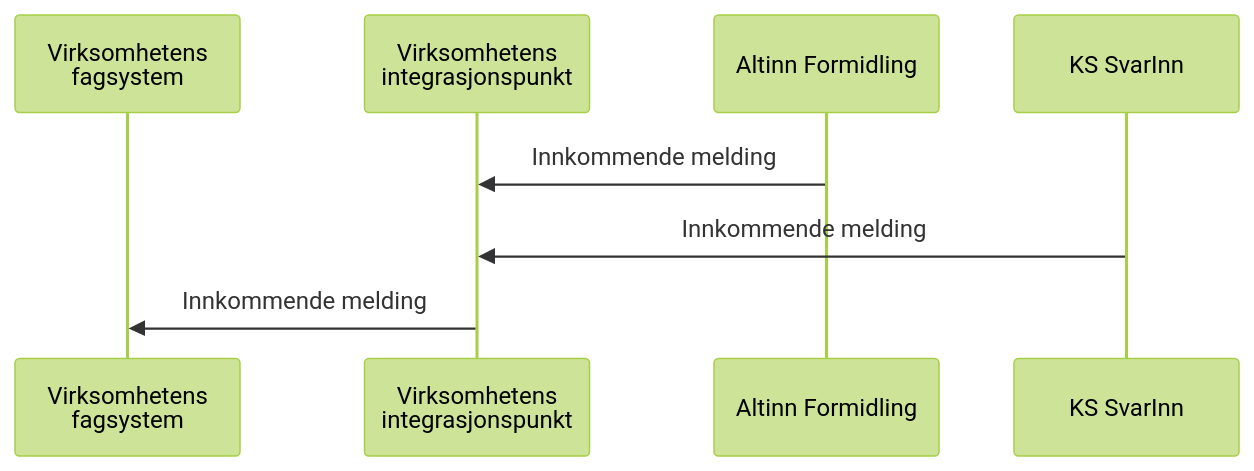
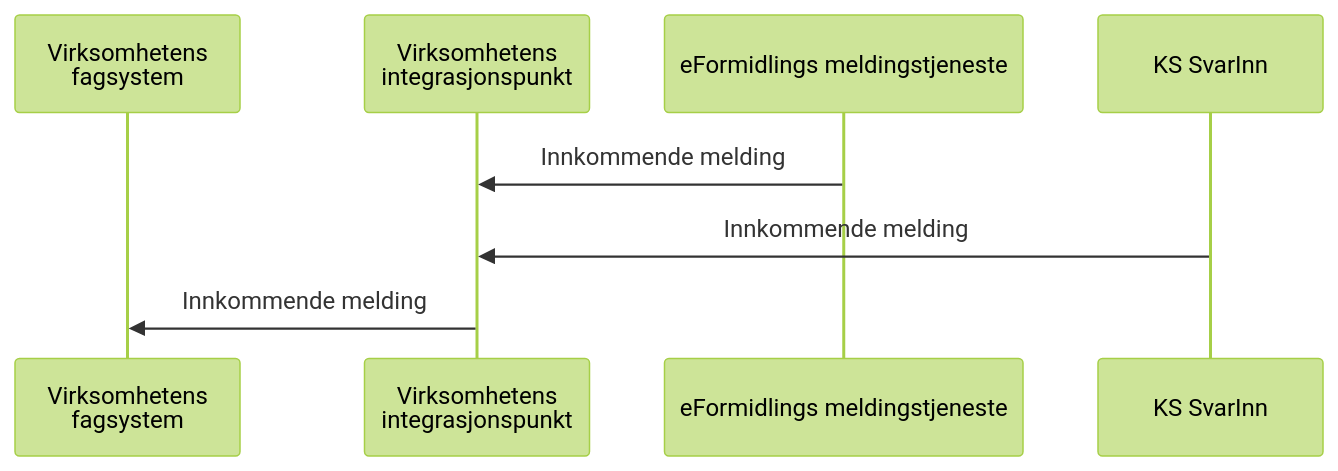
Before and after one commit to felleslosninger/docs: the third of 3 diagrams in _docs/eFormidling/Funksjonalitet/eformidling_funksjonalitet_saksbehandling.md, drawn with Mermaid (forest theme). The commit also changed other lines of this file and 74 other files, not shown here.

```diff
--- a/_docs/eFormidling/Funksjonalitet/eformidling_funksjonalitet_saksbehandling.md
+++ b/_docs/eFormidling/Funksjonalitet/eformidling_funksjonalitet_saksbehandling.md
@@ -123,10 +145,10 @@
 <div class="mermaid">
 sequenceDiagram
 participant A as Virksomhetens<br>fagsystem
 participant B as Virksomhetens<br>integrasjonspunkt
-participant C as Altinn Formidling
+participant C as eFormidlings meldingstjeneste
 participant D as KS SvarInn
 C->>B: Innkommende melding
 D->>B: Innkommende melding
 B->>A: Innkommende melding
 </div>
```
